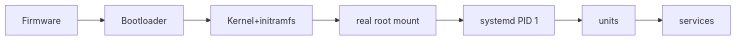
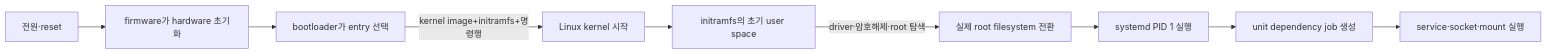
The first of 3 diagrams in learning/ubuntu-linux-internals/01-boot-packages-and-systemd.md (mj006648/netai-devsecops-runbook), drawn with Mermaid before and after one commit. The commit also changed other lines of this file and 165 other files, not shown here.

````diff
--- a/learning/ubuntu-linux-internals/01-boot-packages-and-systemd.md
+++ b/learning/ubuntu-linux-internals/01-boot-packages-and-systemd.md
@@ -9,9 +19,11 @@
 ```mermaid
 flowchart LR
-    FW[Firmware] --> BL[Bootloader]
-    BL --> K[Kernel+initramfs]
-    K --> ROOT[real root mount]
-    ROOT --> PID1[systemd PID 1]
-    PID1 --> U[units]
-    U --> S[services]
+    P[전원·reset] --> F[firmware가 hardware 초기화]
+    F --> B[bootloader가 entry 선택]
+    B -->|kernel image+initramfs+명령행| K[Linux kernel 시작]
+    K --> I[initramfs의 초기 user space]
+    I -->|driver·암호해제·root 탐색| R[실제 root filesystem 전환]
+    R --> S[systemd PID 1 실행]
+    S --> U[unit dependency job 생성]
+    U --> V[service·socket·mount 실행]
 ```
````
